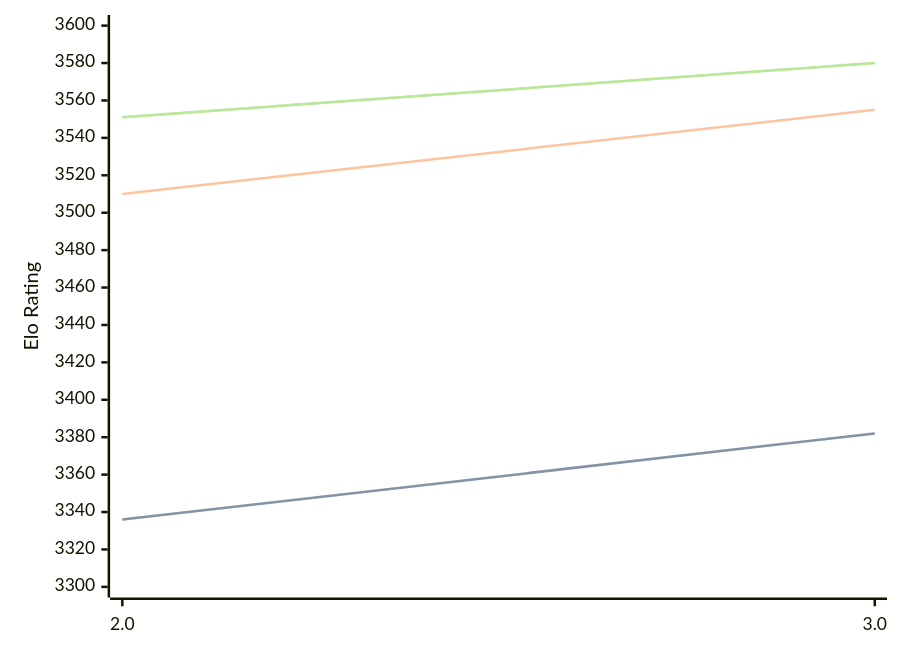
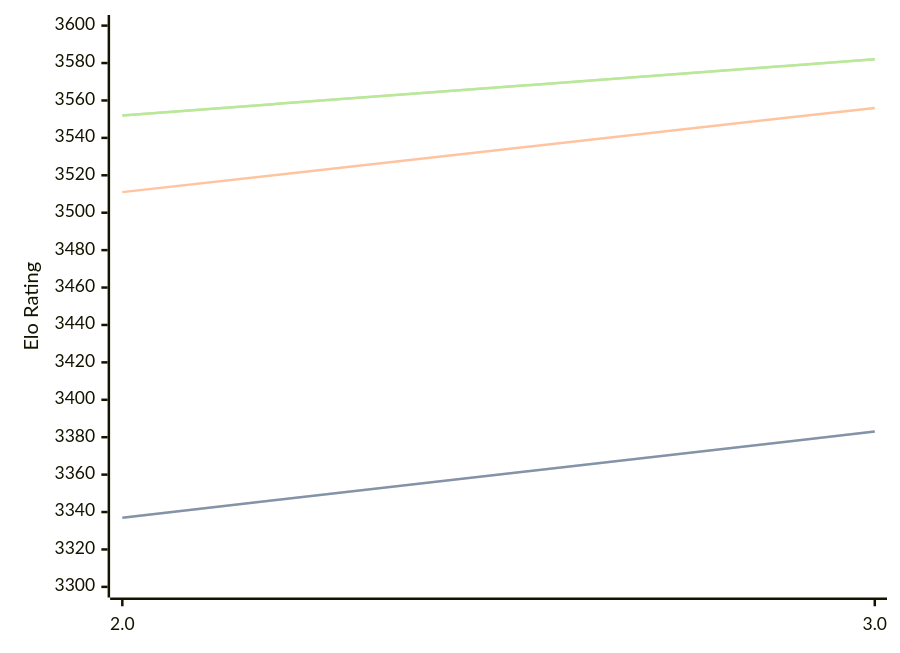
The diagram in engines/Quanticade.md (computer-chess-index/cci), drawn with Mermaid before and after one commit. The commit also changed other lines of this file, not shown here.

Commit message:
Update CCI Ratings (ELO VLTC) - 2026-05-01

````diff
--- a/engines/Quanticade.md
+++ b/engines/Quanticade.md
@@ -41,11 +41,11 @@
 ```mermaid
 %%{init: {"theme":"base","themeVariables":{"seriesColors:['#a3a3a3','#222221','#faa371']}}}%%
 xychart-beta
   x-axis ["2.0", "3.0"]
   y-axis "Elo Rating" 3300 --> 3600
-  line "STC (8.0+0.08s)" [3336, 3382]
-  line "STC (8.0+0.08s)" [3336, 3382]
-  line "LTC (60.0+0.60s)" [3510, 3555]
-  line "VLTC (2m24s+1.12s)" [3551, 3580]
-  line "VLTC (2m24s+1.12s)" [3551, 3580]
+  line "STC (8.0+0.08s)" [3337, 3383]
+  line "STC (8.0+0.08s)" [3337, 3383]
+  line "LTC (60.0+0.60s)" [3511, 3556]
+  line "VLTC (2m24s+1.12s)" [3552, 3582]
+  line "VLTC (2m24s+1.12s)" [3552, 3582]
 ```
````
